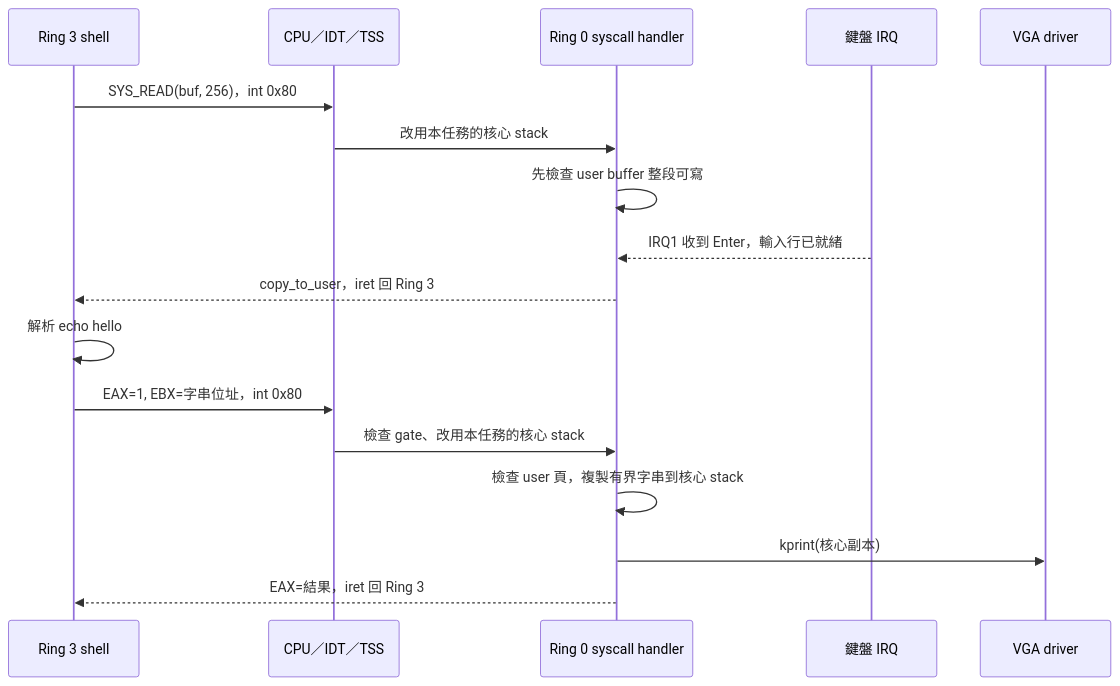
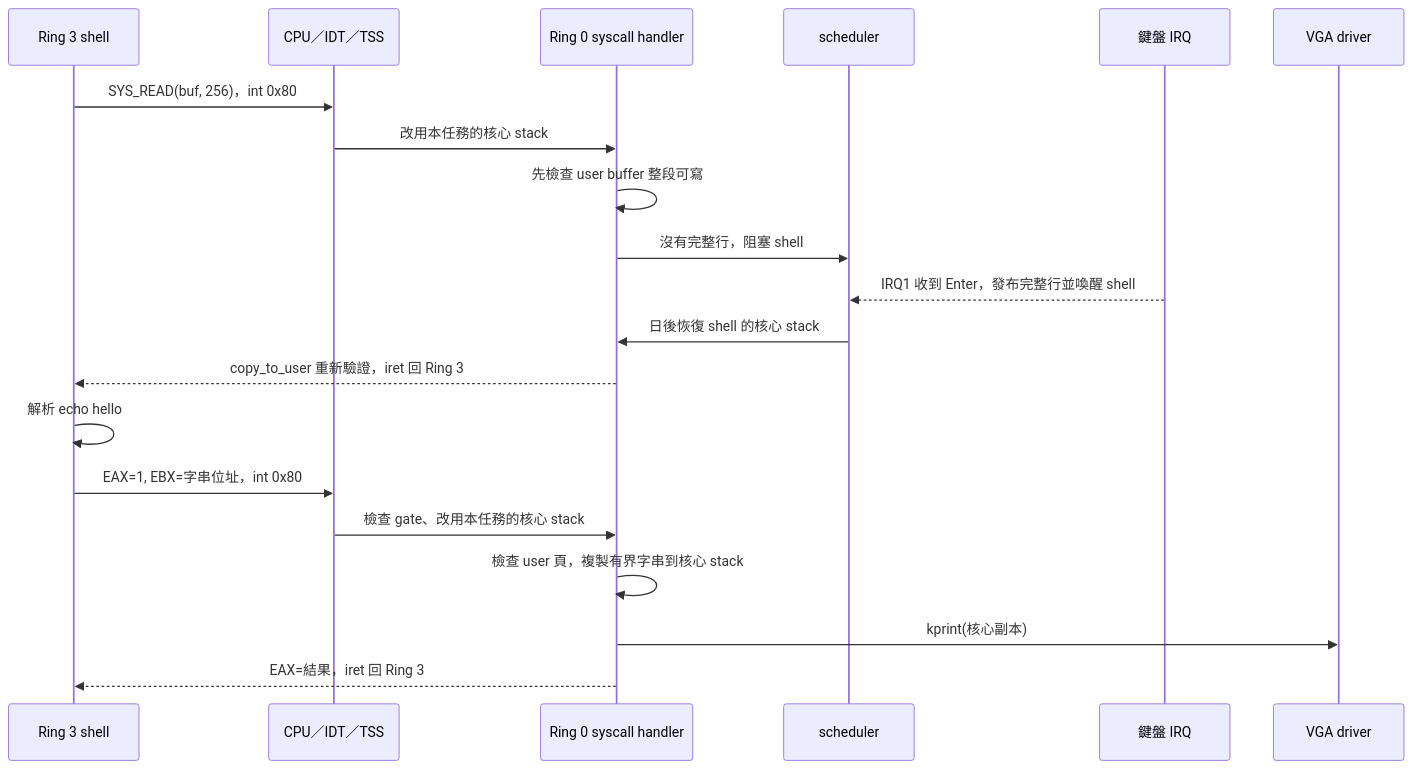
One commit to paulboul1013/os changed the second of 3 diagrams in docs/protection-walkthrough.md. Above: the diagram before and after it, drawn with Mermaid. The commit also changed other lines of this file and 27 other files, not shown here.

First line of the commit message:
feat(scheduler): add task blocking and ring 3 preemption

````diff
--- a/docs/protection-walkthrough.md
+++ b/docs/protection-walkthrough.md
@@ -41,19 +41,22 @@
 ```mermaid
 sequenceDiagram
     participant U as Ring 3 shell
     participant CPU as CPU／IDT／TSS
     participant K as Ring 0 syscall handler
+    participant Q as scheduler
     participant KB as 鍵盤 IRQ
     participant V as VGA driver
     U->>CPU: SYS_READ(buf, 256)，int 0x80
     CPU->>K: 改用本任務的核心 stack
     K->>K: 先檢查 user buffer 整段可寫
-    KB-->>K: IRQ1 收到 Enter，輸入行已就緒
-    K-->>U: copy_to_user，iret 回 Ring 3
+    K->>Q: 沒有完整行，阻塞 shell
+    KB-->>Q: IRQ1 收到 Enter，發布完整行並喚醒 shell
+    Q->>K: 日後恢復 shell 的核心 stack
+    K-->>U: copy_to_user 重新驗證，iret 回 Ring 3
     U->>U: 解析 echo hello
     U->>CPU: EAX=1, EBX=字串位址，int 0x80
     CPU->>K: 檢查 gate、改用本任務的核心 stack
     K->>K: 檢查 user 頁，複製有界字串到核心 stack
     K->>V: kprint(核心副本)
     K-->>U: EAX=結果，iret 回 Ring 3
 ```
````
